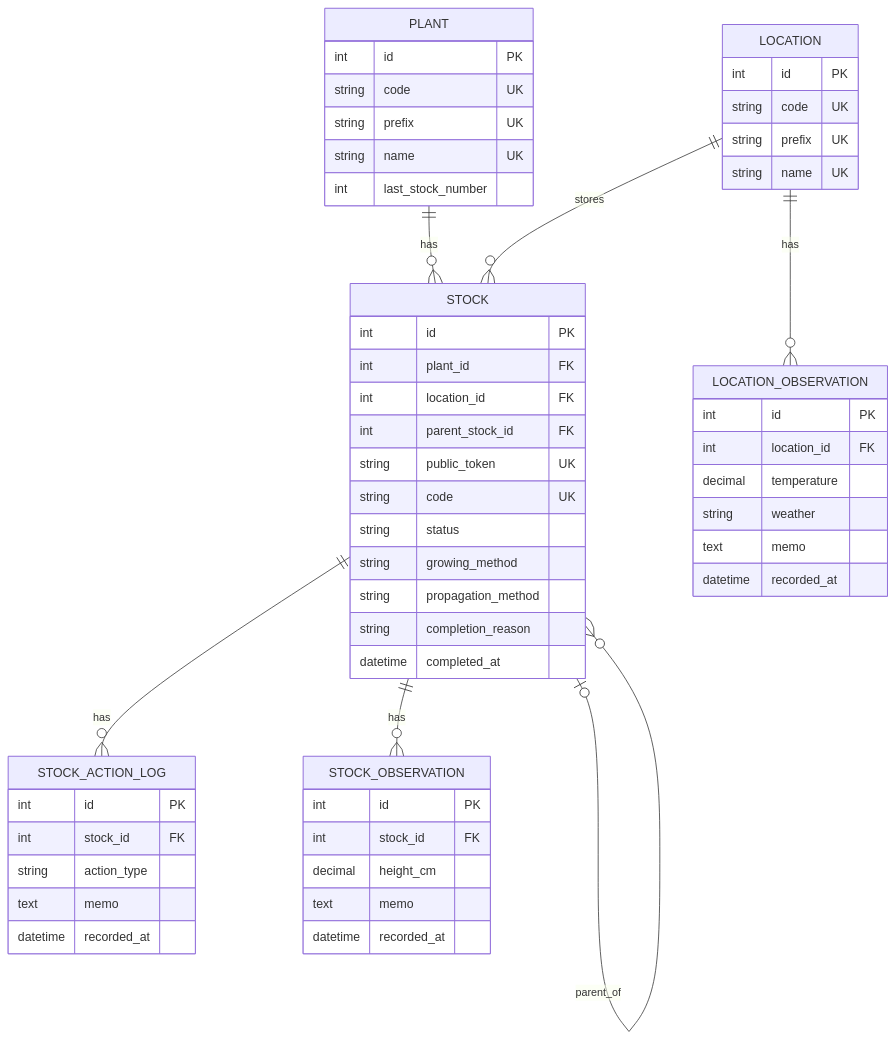
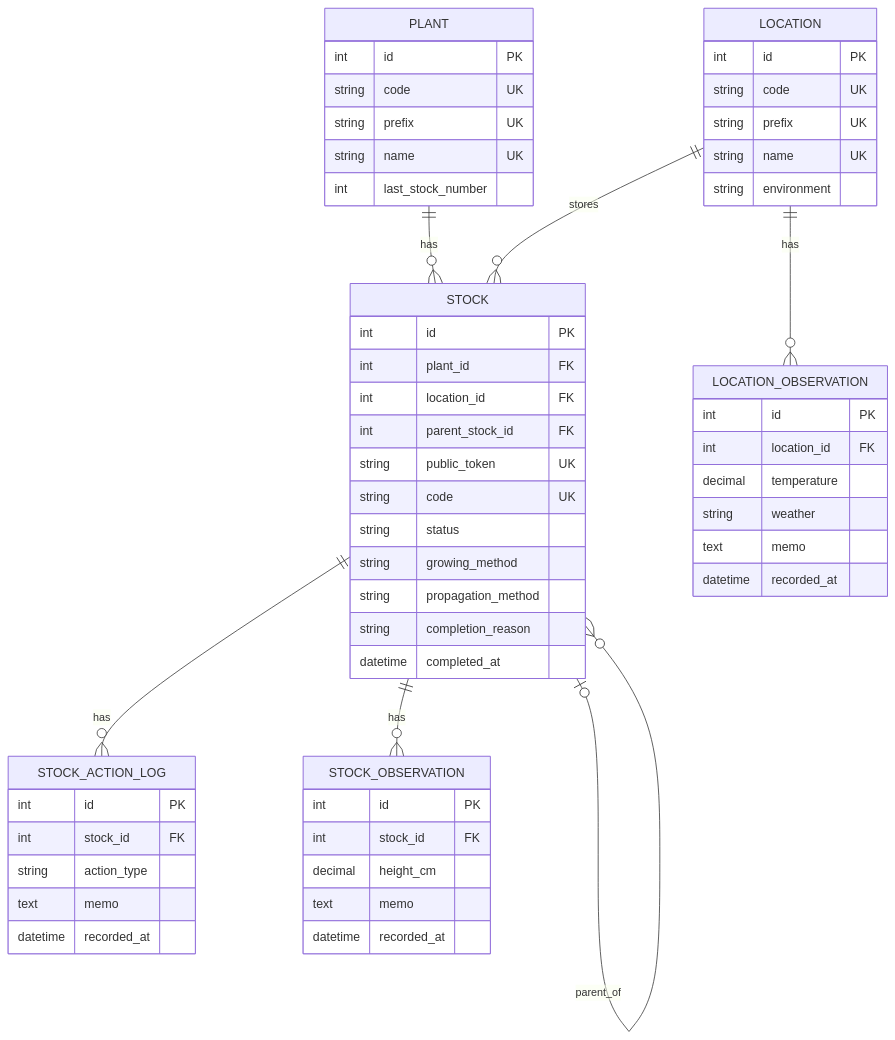
The diagram in doc/er.md (kawauso29/basil-manager), drawn with Mermaid before and after one commit. The commit also changed 21 other files, not shown here.

````diff
--- a/doc/er.md
+++ b/doc/er.md
@@ -14,63 +14,64 @@
 ```mermaid
 erDiagram
     PLANT ||--o{ STOCK : has
     LOCATION ||--o{ STOCK : stores
     STOCK o|--o{ STOCK : parent_of
     STOCK ||--o{ STOCK_ACTION_LOG : has
     STOCK ||--o{ STOCK_OBSERVATION : has
     LOCATION ||--o{ LOCATION_OBSERVATION : has
 
     PLANT {
         int id PK
         string code UK
         string prefix UK
         string name UK
         int last_stock_number
     }
 
     STOCK {
         int id PK
         int plant_id FK
         int location_id FK
         int parent_stock_id FK
         string public_token UK
         string code UK
         string status
         string growing_method
         string propagation_method
         string completion_reason
         datetime completed_at
     }
 
     LOCATION {
         int id PK
         string code UK
         string prefix UK
         string name UK
+        string environment
     }
 
     STOCK_ACTION_LOG {
         int id PK
         int stock_id FK
         string action_type
         text memo
         datetime recorded_at
     }
 
     STOCK_OBSERVATION {
         int id PK
         int stock_id FK
         decimal height_cm
         text memo
         datetime recorded_at
     }
 
     LOCATION_OBSERVATION {
         int id PK
         int location_id FK
         decimal temperature
         string weather
         text memo
         datetime recorded_at
     }
 ```
````
